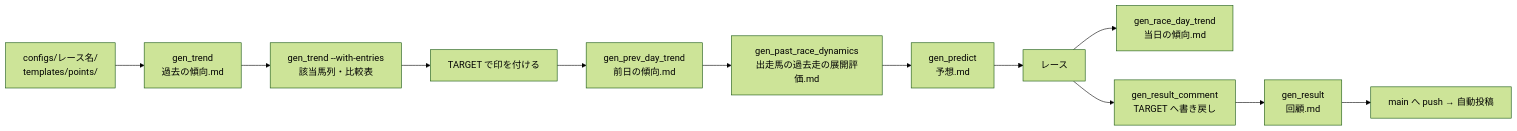
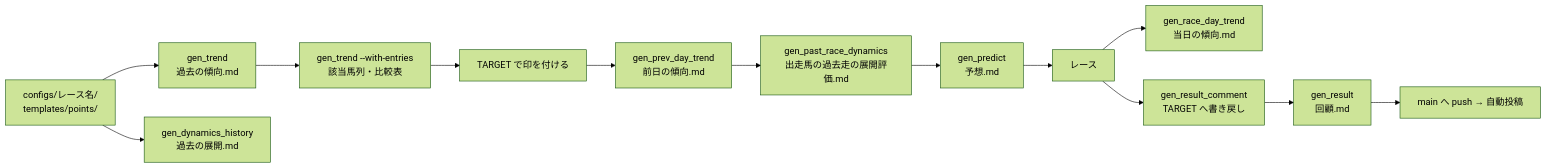
The diagram in docs/workflow.md (Kubo-Tech/g1-predict), drawn with Mermaid (forest theme) before and after one commit. The commit also changed other lines of this file and 3 other files, not shown here.

````diff
--- a/docs/workflow.md
+++ b/docs/workflow.md
@@ -5,14 +5,15 @@
 ```mermaid
 flowchart LR
     A[configs/レース名/<br/>templates/points/] --> B[gen_trend<br/>過去の傾向.md]
+    A --> V[gen_dynamics_history<br/>過去の展開.md]
     B --> C[gen_trend --with-entries<br/>該当馬列・比較表]
     C --> D[TARGET で印を付ける]
     D --> P[gen_prev_day_trend<br/>前日の傾向.md]
     P --> Q[gen_past_race_dynamics<br/>出走馬の過去走の展開評価.md]
     Q --> E[gen_predict<br/>予想.md]
     E --> F[レース]
     F --> R[gen_race_day_trend<br/>当日の傾向.md]
     F --> G[gen_result_comment<br/>TARGET へ書き戻し]
     G --> H[gen_result<br/>回顧.md]
     H --> I[main へ push → 自動投稿]
 ```
````
